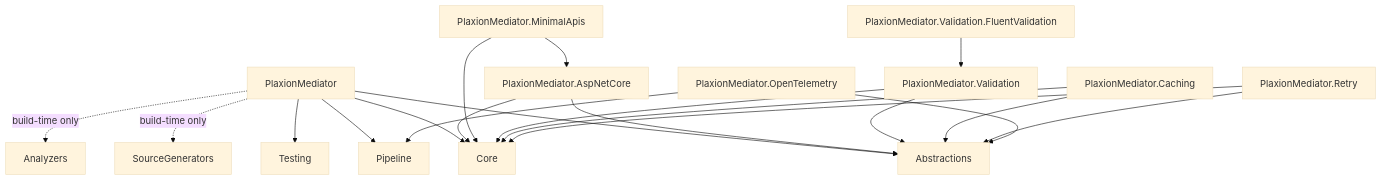
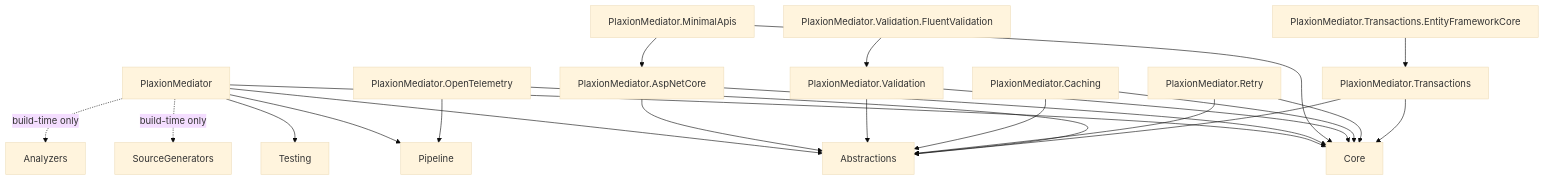
The diagram in docs/wiki/Packages-Overview.md (avmp2208/PlaxionMediator), drawn with Mermaid (base theme) before and after one commit. The commit also changed other lines of this file and 58 other files, not shown here.

````diff
--- a/docs/wiki/Packages-Overview.md
+++ b/docs/wiki/Packages-Overview.md
@@ -31,22 +33,25 @@
 ```mermaid
 graph TD
     DI[PlaxionMediator] --> Abstractions
     DI --> Core
     DI --> Pipeline
     DI --> Testing
     DI -. build-time only .-> SourceGenerators
     DI -. build-time only .-> Analyzers
     AspNetCore[PlaxionMediator.AspNetCore] --> Core
     AspNetCore --> Abstractions
     MinimalApis[PlaxionMediator.MinimalApis] --> AspNetCore
     MinimalApis --> Core
     Validation[PlaxionMediator.Validation] --> Core
     Validation --> Abstractions
     FluentValidation[PlaxionMediator.Validation.FluentValidation] --> Validation
     Caching[PlaxionMediator.Caching] --> Core
     Caching --> Abstractions
     Retry[PlaxionMediator.Retry] --> Core
     Retry --> Abstractions
     OpenTelemetry[PlaxionMediator.OpenTelemetry] --> Abstractions
     OpenTelemetry --> Pipeline
+    Transactions[PlaxionMediator.Transactions] --> Abstractions
+    Transactions --> Core
+    EfCoreTransactions[PlaxionMediator.Transactions.EntityFrameworkCore] --> Transactions
 ```
````
